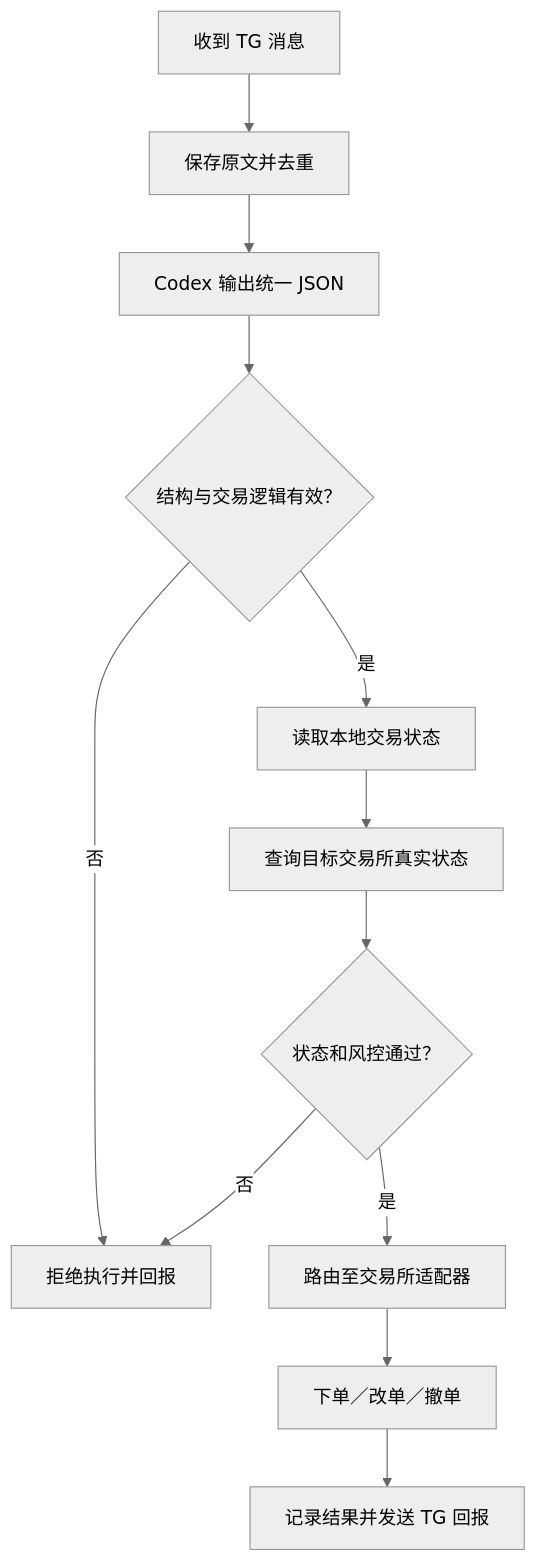
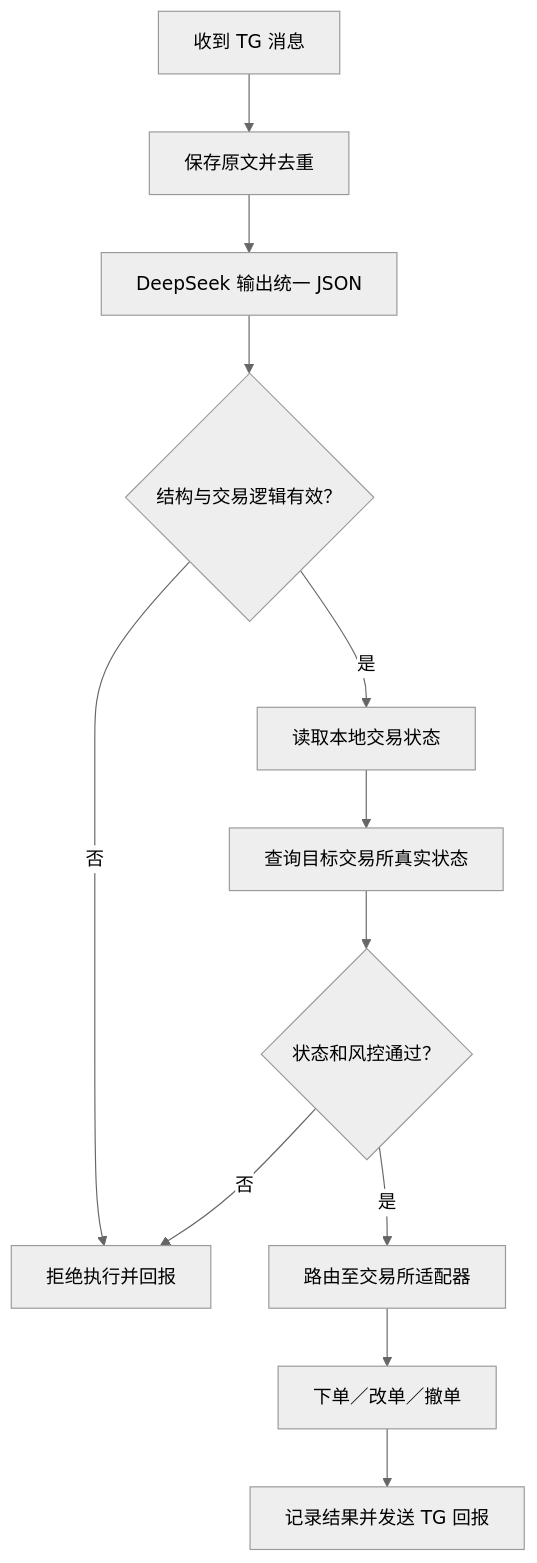
Before and after one commit to wubbababa/CryptoTrade: the second of 4 diagrams in CryptoTrade.md, drawn with Mermaid (neutral theme). The commit also changed other lines of this file and 9 other files, not shown here.

````diff
--- a/CryptoTrade.md
+++ b/CryptoTrade.md
@@ -59,14 +59,14 @@
 ```mermaid
 flowchart TD
     A["收到 TG 消息"] --> B["保存原文并去重"]
-    B --> C["Codex 输出统一 JSON"]
+    B --> C["DeepSeek 输出统一 JSON"]
     C --> D{"结构与交易逻辑有效？"}
     D -->|否| X["拒绝执行并回报"]
     D -->|是| E["读取本地交易状态"]
     E --> F["查询目标交易所真实状态"]
     F --> G{"状态和风控通过？"}
     G -->|否| X
     G -->|是| H["路由至交易所适配器"]
     H --> I["下单／改单／撤单"]
     I --> J["记录结果并发送 TG 回报"]
 ```
````
